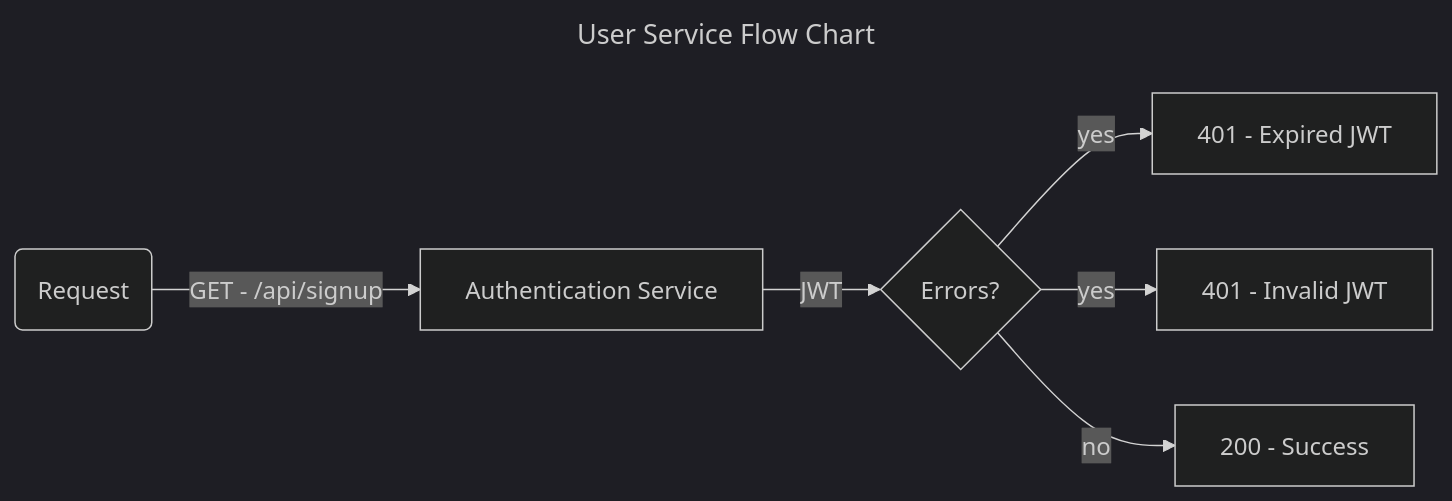
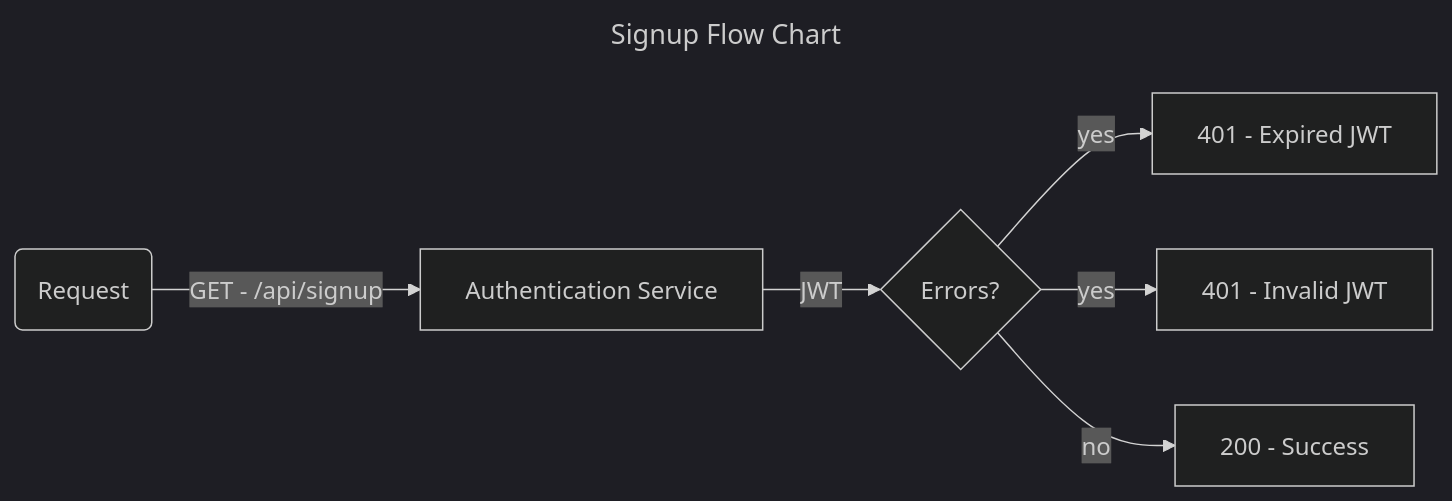
The second of 4 diagrams in docs/DIAGRAMS.md (darrylmorton/ct-iot-user-service-k8s), drawn with Mermaid (dark theme) before and after one commit. The commit also changed other lines of this file, not shown here.

Commit message:
Update DIAGRAMS.md (#26)

````diff
--- a/docs/DIAGRAMS.md
+++ b/docs/DIAGRAMS.md
@@ -14,12 +14,12 @@
 ```mermaid
 ---
-title: User Service Flow Chart
+title: Signup Flow Chart
 ---
 
 flowchart LR
     HttpRequest(Request) -->|GET - /api/signup| AuthenticationService[Authentication Service]
     AuthenticationService -->|JWT| Errors{Errors?}
     Errors -->|yes| ExpiredJwtResponse[401 - Expired JWT]
     Errors -->|yes| InvalidJwtResponse[401 - Invalid JWT]
     Errors -->|no| SuccessResponse[200 - Success]
 ```
````
